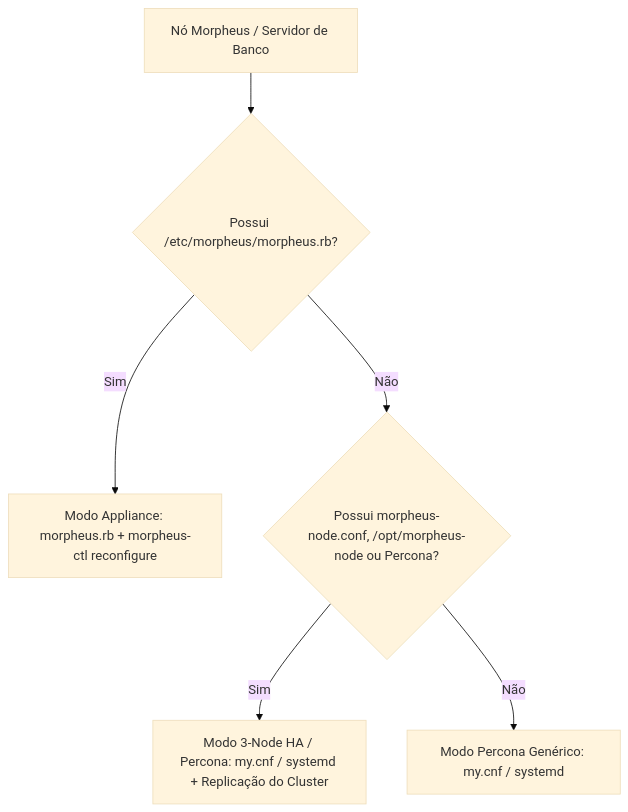
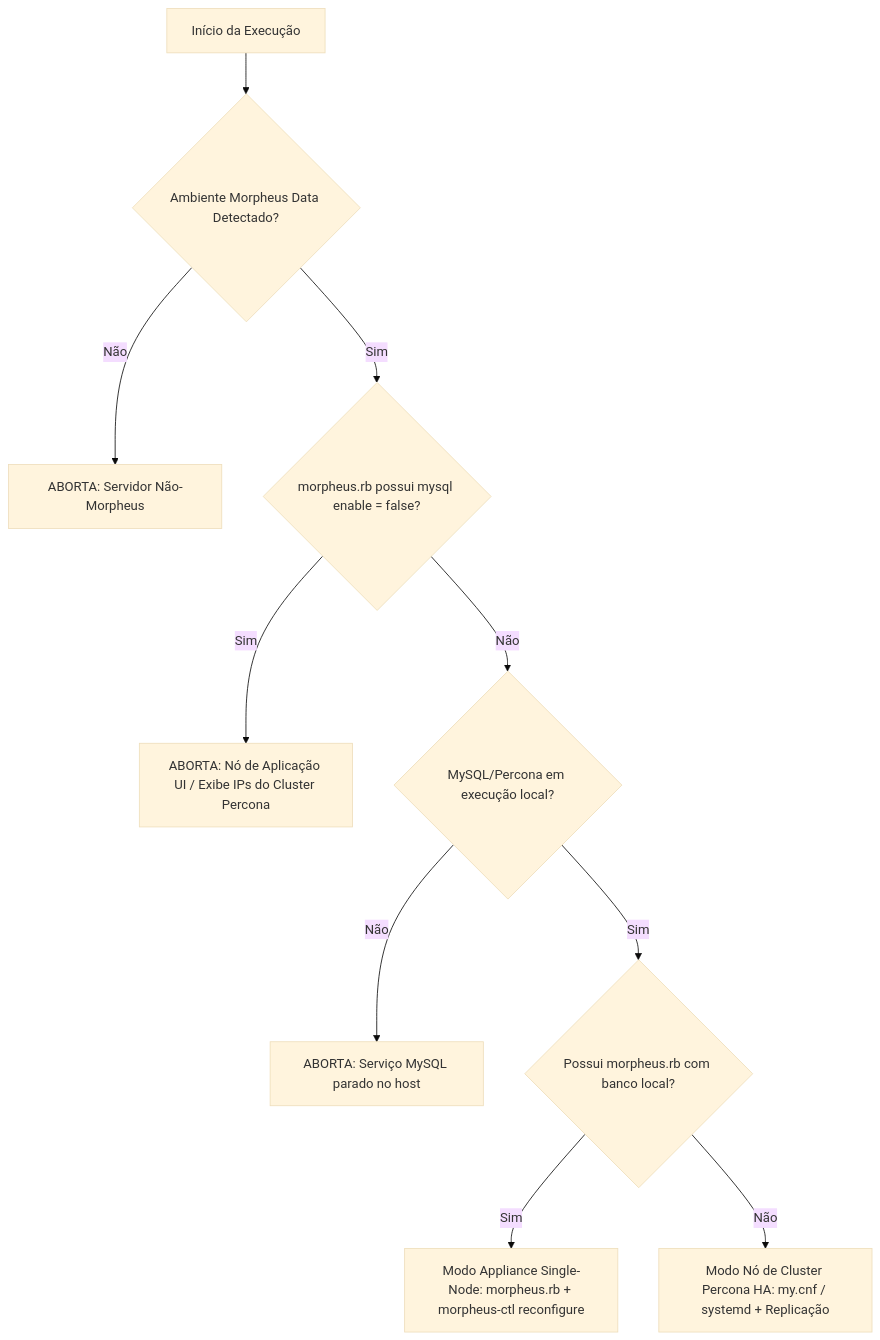
One commit to devopsvanilla/.BatOps changed the first of 3 diagrams in morpheus-data/expose-mysql/README.md. Above: the diagram before and after it, drawn with Mermaid (base theme). The commit also changed other lines of this file and 2 other files, not shown here.

Commit message:
feat: add scripts to configure and restore Morpheus MySQL remote access settings

````diff
--- a/morpheus-data/expose-mysql/README.md
+++ b/morpheus-data/expose-mysql/README.md
@@ -70,8 +71,12 @@
 ```mermaid
 flowchart TD
-    Node[Nó Morpheus / Servidor de Banco] --> Check{Possui /etc/morpheus/morpheus.rb?}
-    Check -- Sim --> ModeApp[Modo Appliance: morpheus.rb + morpheus-ctl reconfigure]
-    Check -- Não --> CheckNode{Possui morpheus-node.conf, /opt/morpheus-node ou Percona?}
-    CheckNode -- Sim --> ModeHA[Modo 3-Node HA / Percona: my.cnf / systemd + Replicação do Cluster]
-    CheckNode -- Não --> ModeGen[Modo Percona Genérico: my.cnf / systemd]
+    Start[Início da Execução] --> CheckEnv{Ambiente Morpheus Data Detectado?}
+    CheckEnv -- Não --> Abort1[ABORTA: Servidor Não-Morpheus]
+    CheckEnv -- Sim --> CheckApp{morpheus.rb possui mysql enable = false?}
+    CheckApp -- Sim --> Abort2[ABORTA: Nó de Aplicação UI / Exibe IPs do Cluster Percona]
+    CheckApp -- Não --> CheckLocal{MySQL/Percona em execução local?}
+    CheckLocal -- Não --> Abort3[ABORTA: Serviço MySQL parado no host]
+    CheckLocal -- Sim --> CheckTopo{Possui morpheus.rb com banco local?}
+    CheckTopo -- Sim --> ModeApp[Modo Appliance Single-Node: morpheus.rb + morpheus-ctl reconfigure]
+    CheckTopo -- Não --> ModeHA[Modo Nó de Cluster Percona HA: my.cnf / systemd + Replicação]
 ```
````
